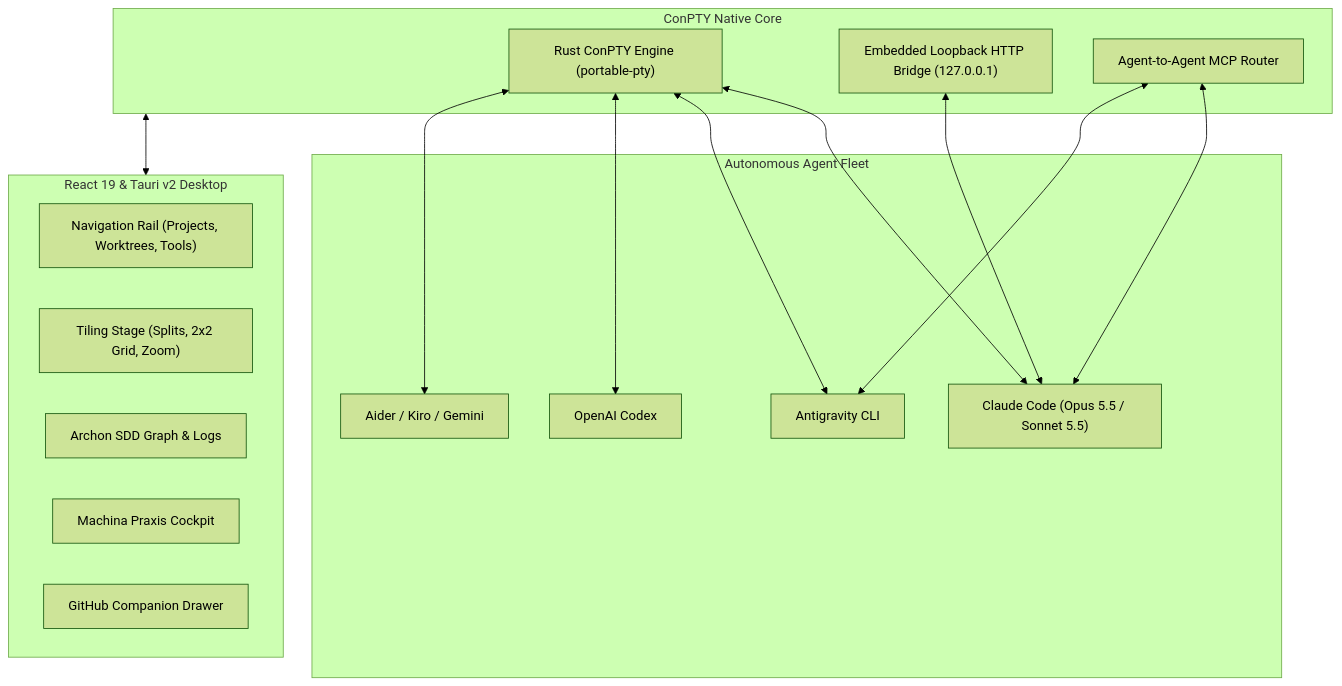
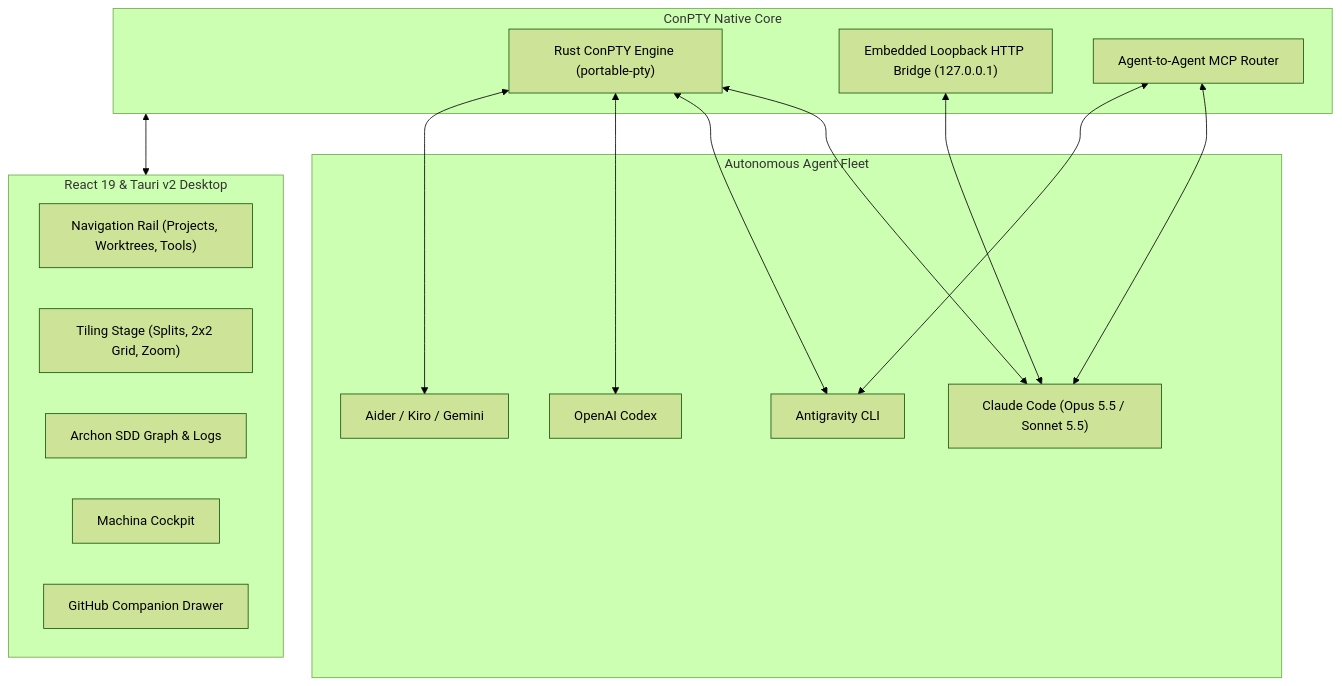
One commit to seanrobertwright/Quay-2 changed the diagram in docs/guide/what-is-quay.md. Above: the diagram before and after it, drawn with Mermaid (forest theme). The commit also changed other lines of this file and 13 other files, not shown here.

First line of the commit message:
Rename Machina Praxis to Machina in Quay's UI and docs

````diff
--- a/docs/guide/what-is-quay.md
+++ b/docs/guide/what-is-quay.md
@@ -30,34 +30,34 @@
 ```mermaid
 flowchart TD
     subgraph CoreEngine["ConPTY Native Core"]
         PTY["Rust ConPTY Engine (portable-pty)"]
         Bridge["Embedded Loopback HTTP Bridge (127.0.0.1)"]
         A2A["Agent-to-Agent MCP Router"]
     end
 
     subgraph Agents["Autonomous Agent Fleet"]
         Claude["Claude Code (Opus 5.5 / Sonnet 5.5)"]
         Antigravity["Antigravity CLI"]
         Codex["OpenAI Codex"]
         Aider["Aider / Kiro / Gemini"]
     end
 
     subgraph DesktopUI["React 19 & Tauri v2 Desktop"]
         Rail["Navigation Rail (Projects, Worktrees, Tools)"]
         Stage["Tiling Stage (Splits, 2x2 Grid, Zoom)"]
         ArchonModal["Archon SDD Graph & Logs"]
-        MachinaModal["Machina Praxis Cockpit"]
+        MachinaModal["Machina Cockpit"]
         GithubDrawer["GitHub Companion Drawer"]
     end
 
     PTY <--> Claude
     PTY <--> Antigravity
     PTY <--> Codex
     PTY <--> Aider
 
     Bridge <--> Claude
     A2A <--> Claude
     A2A <--> Antigravity
 
     CoreEngine <--> DesktopUI
 ```
````
